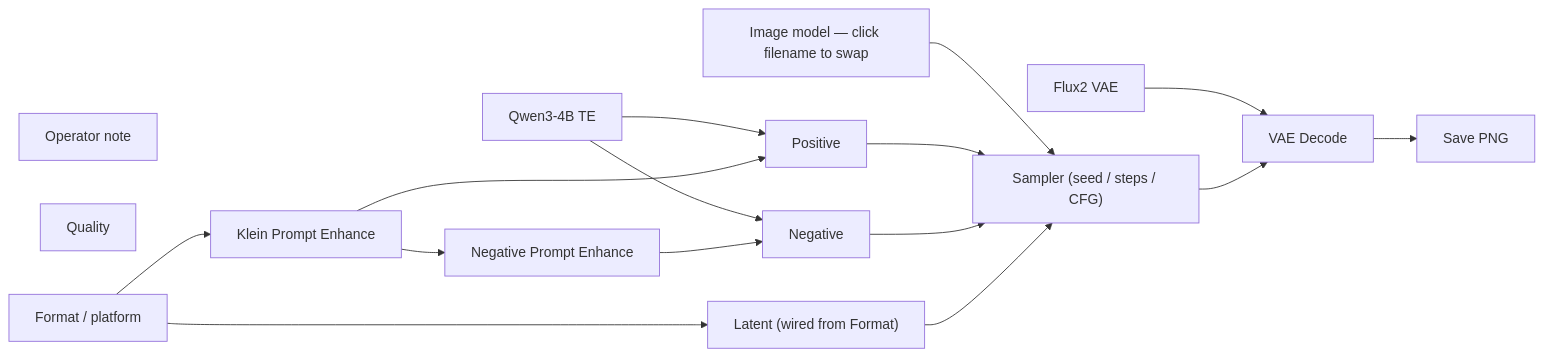
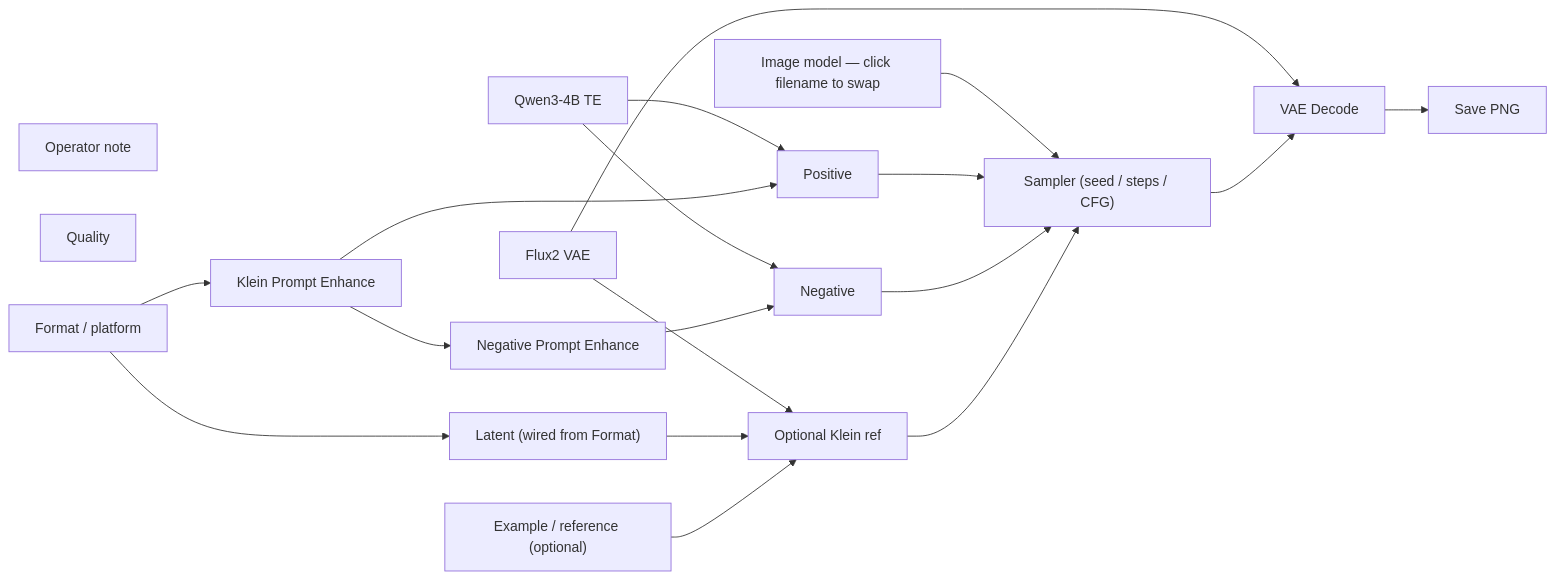
One commit to toxicoder/ez-comfy-stack changed the diagram in docs/generated/workflows/klein/still-daily.md. Above: the diagram before and after it, drawn with Mermaid. The commit also changed other lines of this file and 227 other files, not shown here.

First line of the commit message:
test: cover optional-ref fail-soft paths and encyclopedia

````diff
--- a/docs/generated/workflows/klein/still-daily.md
+++ b/docs/generated/workflows/klein/still-daily.md
@@ -59,31 +59,36 @@
 ```mermaid
 flowchart LR
   N1["Image model — click filename to swap"]
   N2["Qwen3-4B TE"]
   N3["Flux2 VAE"]
   N4["Positive"]
   N5["Negative"]
   N6["Latent (wired from Format)"]
   N7["Sampler (seed / steps / CFG)"]
   N8["VAE Decode"]
   N9["Save PNG"]
   N10["Operator note"]
   N11["Klein Prompt Enhance"]
   N12["Negative Prompt Enhance"]
   N13["Quality"]
   N14["Format / platform"]
+  N15["Example / reference (optional)"]
+  N16["Optional Klein ref"]
   N1 --> N7
   N2 --> N4
   N2 --> N5
   N3 --> N8
+  N3 --> N16
   N4 --> N7
   N5 --> N7
-  N6 --> N7
+  N6 --> N16
   N7 --> N8
   N8 --> N9
   N11 --> N4
   N11 --> N12
   N12 --> N5
   N14 --> N6
   N14 --> N11
+  N15 --> N16
+  N16 --> N7
 ```
````
